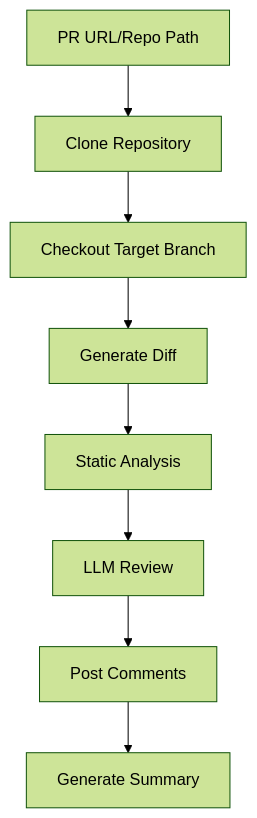
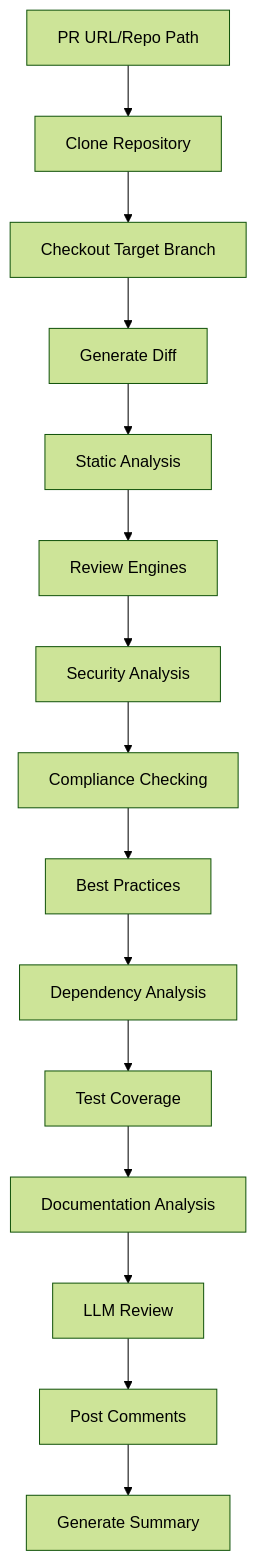
The diagram in README.md (inderanz/x-pull-request-reviewer), drawn with Mermaid (forest theme) before and after one commit. The commit also changed other lines of this file and 58 other files, not shown here.

````diff
--- a/README.md
+++ b/README.md
@@ -84,10 +93,17 @@
 ```mermaid
 graph TD
     A[PR URL/Repo Path] --> B[Clone Repository]
     B --> C[Checkout Target Branch]
     C --> D[Generate Diff]
     D --> E[Static Analysis]
-    E --> F[LLM Review]
-    F --> G[Post Comments]
-    G --> H[Generate Summary]
+    E --> F[Review Engines]
+    F --> G[Security Analysis]
+    G --> H[Compliance Checking]
+    H --> I[Best Practices]
+    I --> J[Dependency Analysis]
+    J --> K[Test Coverage]
+    K --> L[Documentation Analysis]
+    L --> M[LLM Review]
+    M --> N[Post Comments]
+    N --> O[Generate Summary]
 ```
````
